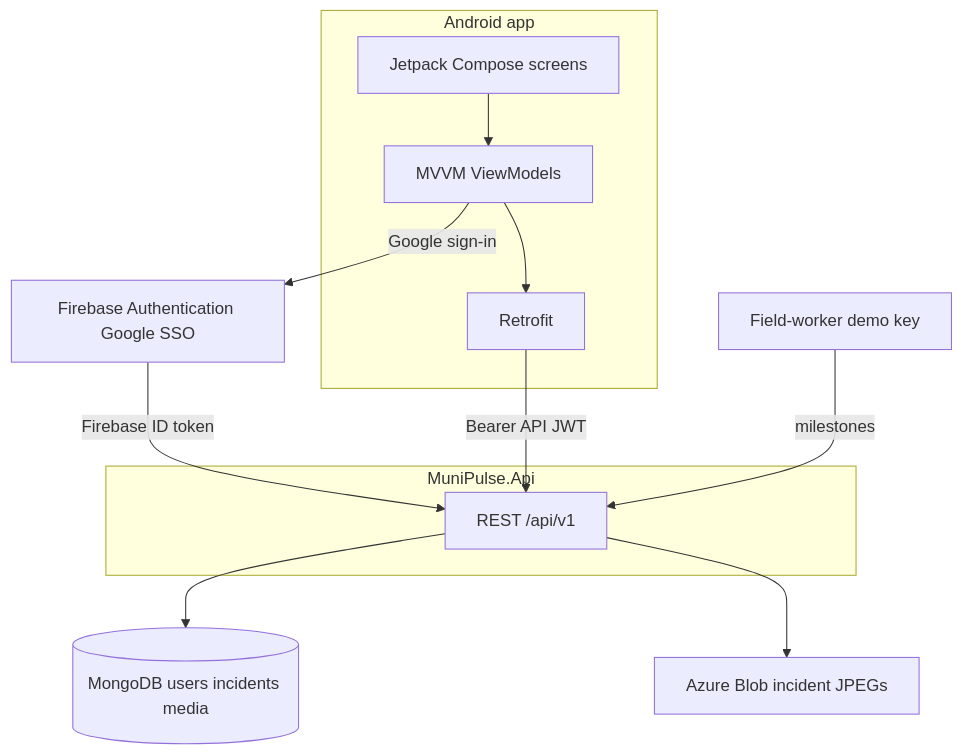
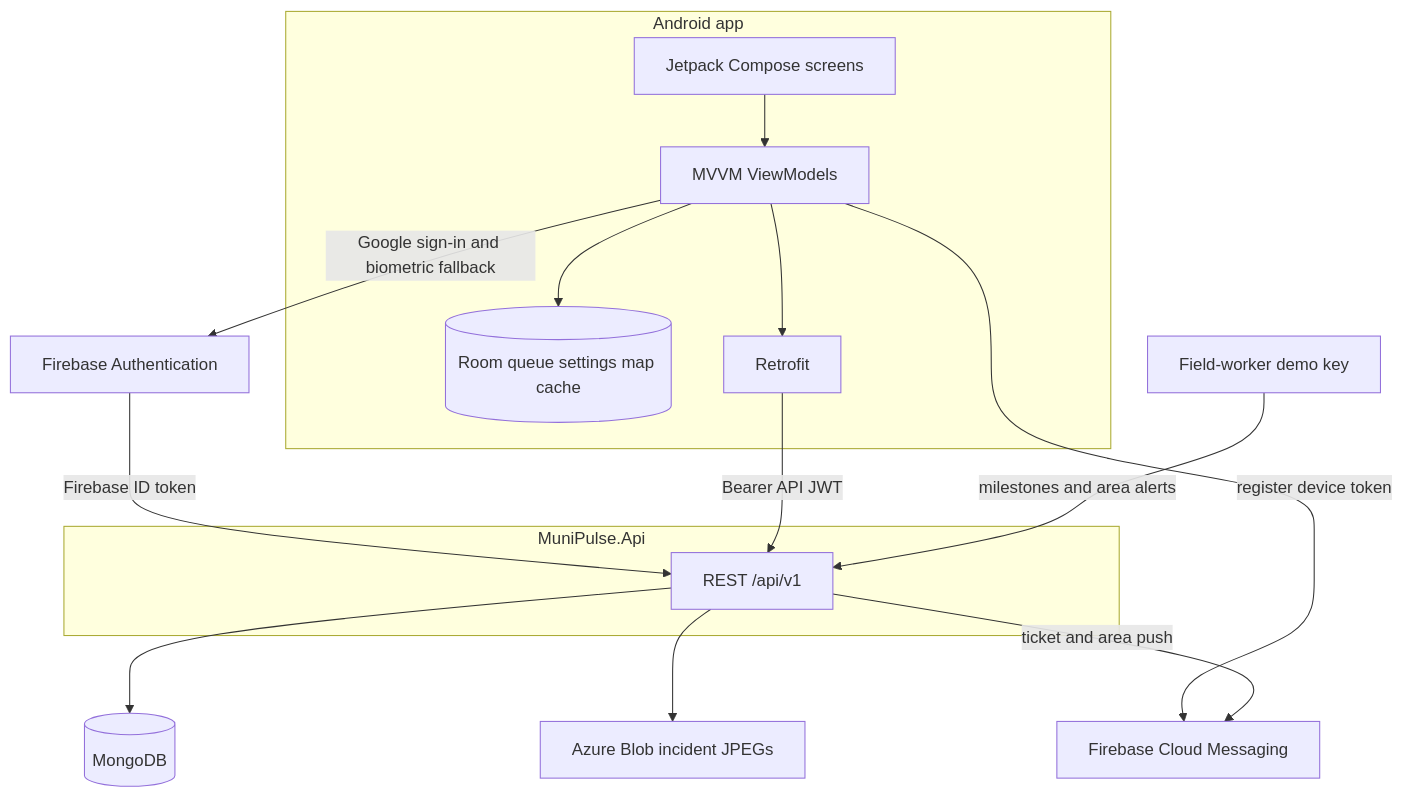
Before and after one commit to akzz98/PROG7314: the diagram in README.md, drawn with Mermaid. The commit also changed other lines of this file and 2 other files, not shown here.

````diff
--- a/README.md
+++ b/README.md
@@ -23,22 +26,28 @@
 ```mermaid
 flowchart TB
   subgraph client [Android app]
     UI[Jetpack Compose screens]
     VM[MVVM ViewModels]
+    Room[(Room queue settings map cache)]
     HTTP[Retrofit]
-    UI --> VM --> HTTP
+    UI --> VM
+    VM --> Room
+    VM --> HTTP
   end
 
-  SSO[Firebase Authentication Google SSO]
-  VM -->|Google sign-in| SSO
+  SSO[Firebase Authentication]
+  FCM[Firebase Cloud Messaging]
+  VM -->|Google sign-in and biometric fallback| SSO
+  VM -->|register device token| FCM
 
   subgraph server [MuniPulse.Api]
     Routes["REST /api/v1"]
   end
 
   SSO -->|Firebase ID token| Routes
   HTTP -->|Bearer API JWT| Routes
-  Routes --> Mongo[(MongoDB users incidents media)]
+  Routes --> Mongo[(MongoDB)]
   Routes --> Blob[Azure Blob incident JPEGs]
-  Marker[Field-worker demo key] -->|milestones| Routes
+  Routes -->|ticket and area push| FCM
+  Marker[Field-worker demo key] -->|milestones and area alerts| Routes
 ```
````
